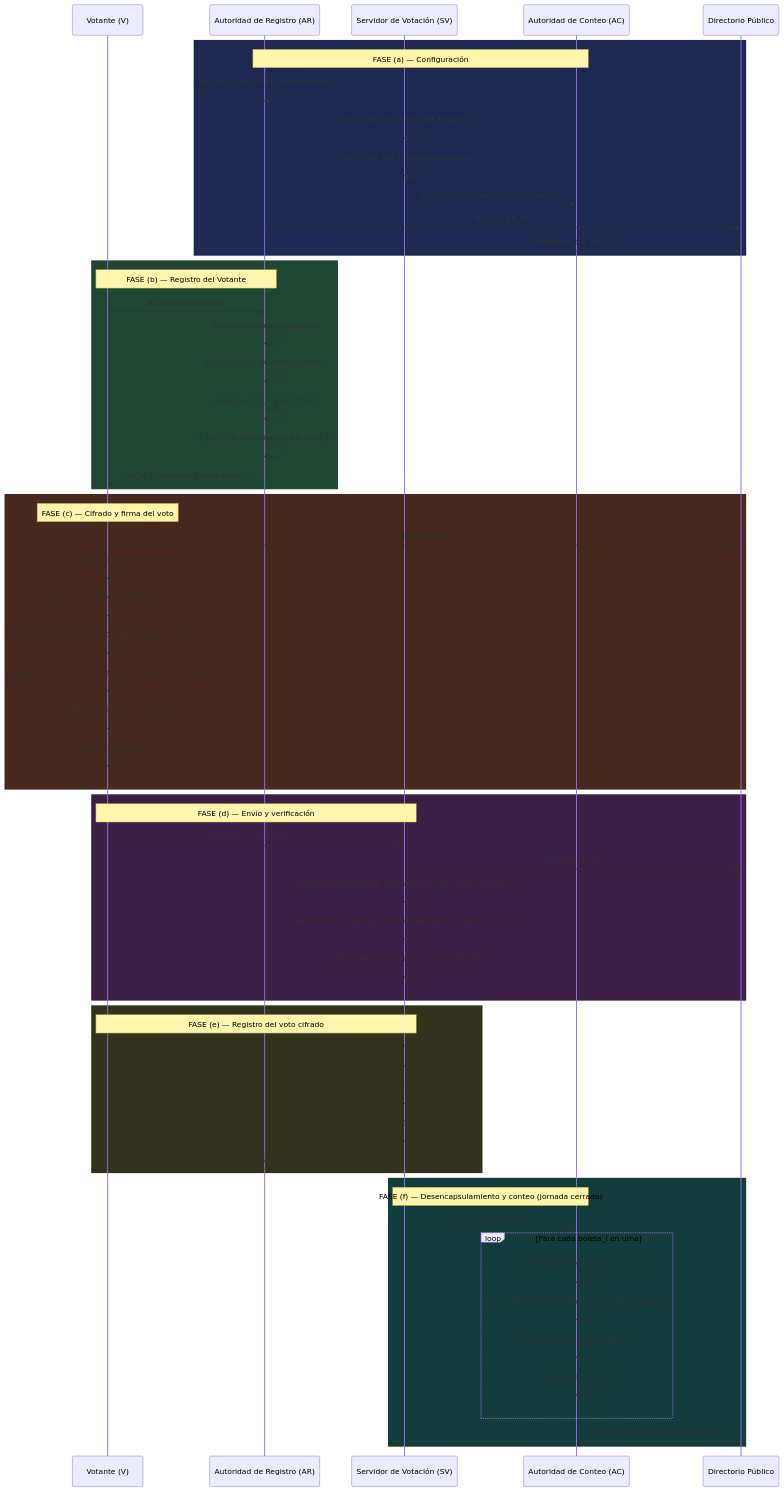
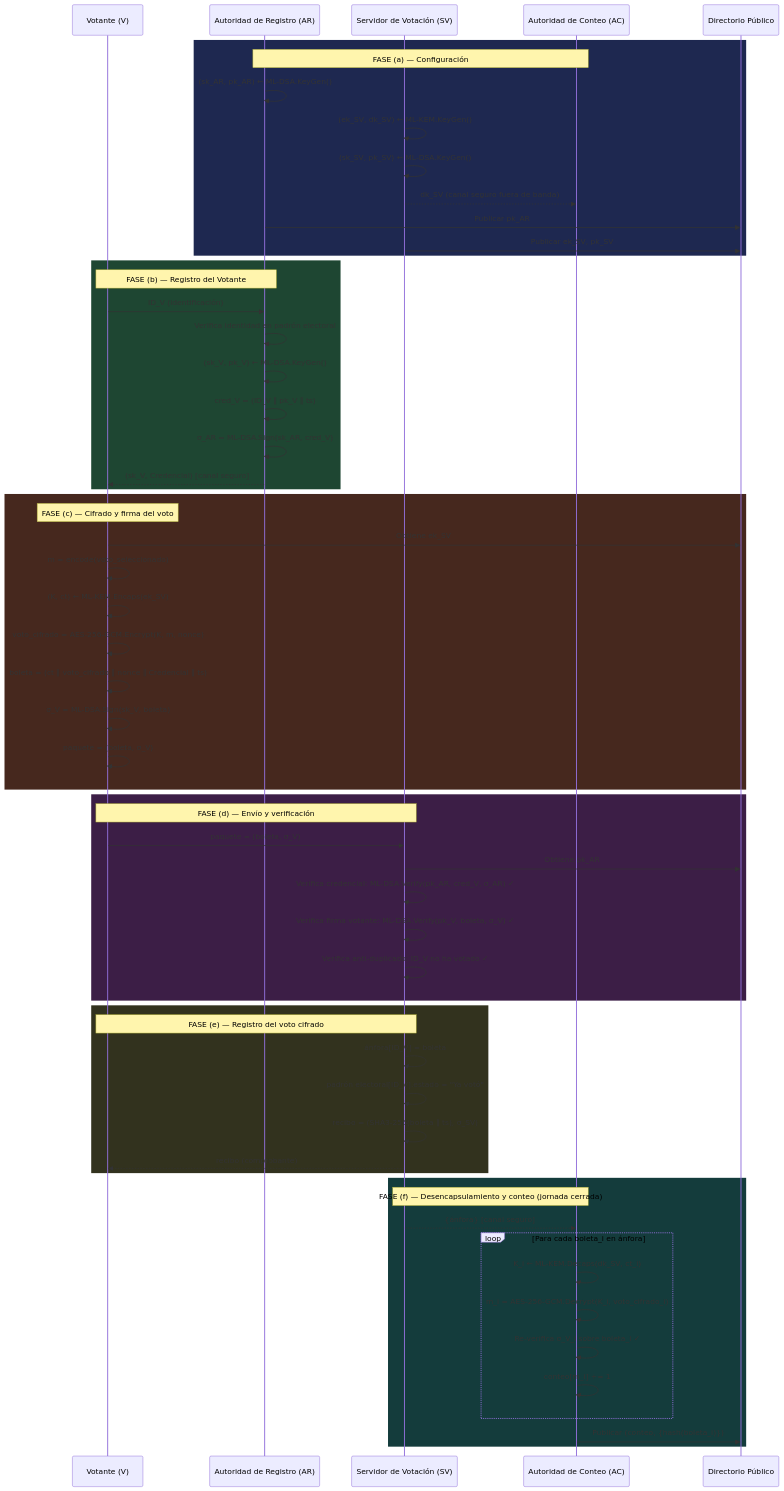
Before and after one commit to flavioabdon/cripto-reticulos: the first of 2 diagrams in docs/diagrama_flujo.md, drawn with Mermaid. The commit also changed other lines of this file and 33 other files, not shown here.

````diff
--- a/docs/diagrama_flujo.md
+++ b/docs/diagrama_flujo.md
@@ -153,68 +153,68 @@
 ```mermaid
 sequenceDiagram
     participant V as Votante (V)
     participant AR as Autoridad de Registro (AR)
     participant SV as Servidor de Votación (SV)
     participant AC as Autoridad de Conteo (AC)
     participant DIR as Directorio Público
 
     rect rgb(30, 40, 80)
         Note over AR,AC: FASE (a) — Configuración
         AR->>AR: (sk_AR, pk_AR) ← ML-DSA.KeyGen()
         SV->>SV: (ek_SV, dk_SV) ← ML-KEM.KeyGen()
         SV->>SV: (sk_SV, pk_SV) ← ML-DSA.KeyGen()
         SV-->>AC: dk_SV (canal seguro fuera de banda)
         AR->>DIR: Publicar pk_AR
         SV->>DIR: Publicar ek_SV, pk_SV
     end
 
     rect rgb(30, 70, 50)
         Note over V,AR: FASE (b) — Registro del Votante
         V->>AR: ID_V (identificación)
-        AR->>AR: Verifica identidad en padrón
+        AR->>AR: Verifica identidad en padrón electoral
         AR->>AR: (sk_V, pk_V) ← ML-DSA.KeyGen()
         AR->>AR: cred_V = (ID_V ∥ pk_V ∥ ts)
         AR->>AR: σ_AR = ML-DSA.Sign(sk_AR, cred_V)
         AR-->>V: (sk_V, Credencial) [canal seguro]
     end
 
     rect rgb(70, 40, 30)
         Note over V,V: FASE (c) — Cifrado y firma del voto
         V->>DIR: Obtiene ek_SV
         V->>V: m = encode(voto_seleccionado)
         V->>V: (K, ct) ← ML-KEM.Encaps(ek_SV)
         V->>V: voto_cifrado = AES-256-GCM.Encrypt(K, m, nonce)
         V->>V: boleta = (ct ∥ voto_cifrado ∥ nonce ∥ Credencial ∥ ts)
         V->>V: σ_V = ML-DSA.Sign(sk_V, boleta)
         V->>V: paquete = (boleta, σ_V)
     end
 
     rect rgb(60, 30, 70)
         Note over V,SV: FASE (d) — Envío y verificación
         V->>SV: paquete = (boleta, σ_V)
         SV->>DIR: Obtiene pk_AR
         SV->>SV: Verifica credencial: ML-DSA.Verify(pk_AR, cred_V, σ_AR) ✓
         SV->>SV: Verifica firma votante: ML-DSA.Verify(pk_V, boleta, σ_V) ✓
         SV->>SV: Verifica anti-duplicado: ID_V no ha votado ✓
     end
 
     rect rgb(50, 50, 30)
         Note over SV,V: FASE (e) — Registro del voto cifrado
-        SV->>SV: urna[ID_V] = boleta
-        SV->>SV: padron[ID_V].estado = "Ya votó"
+        SV->>SV: ánfora[ID_V] = boleta
+        SV->>SV: padrón electoral[ID_V].estado = "Ya votó"
         SV->>SV: recibo = (SHA3-256(boleta ∥ ts), σ_SV)
         SV-->>V: recibo (comprobante)
     end
 
     rect rgb(20, 60, 60)
         Note over AC,SV: FASE (f) — Desencapsulamiento y conteo (jornada cerrada)
-        SV-->>AC: {urna} [canal seguro]
-        loop Para cada boleta_i en urna
+        SV-->>AC: {ánfora} [canal seguro]
+        loop Para cada boleta_i en ánfora
             AC->>AC: K_i ← ML-KEM.Decaps(dk_SV, ct_i)
             AC->>AC: m_i = AES-256-GCM.Decrypt(K_i, voto_cifrado_i)
             AC->>AC: Re-verifica σ_V_i sobre boleta_i ✓
             AC->>AC: conteo[m_i] += 1
         end
         AC->>DIR: Publicar (conteo, {hash(boleta_i)})
     end
 ```
````
